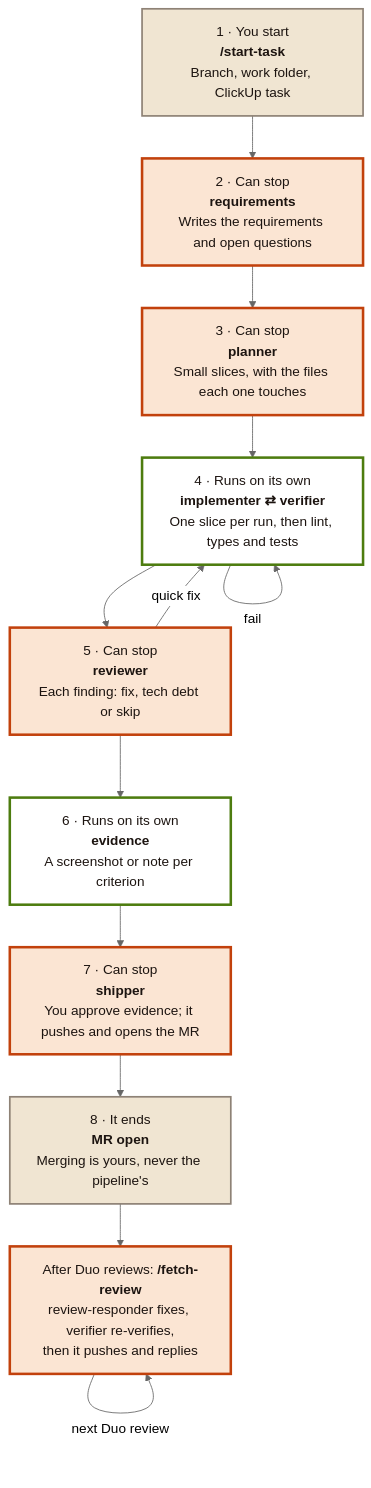
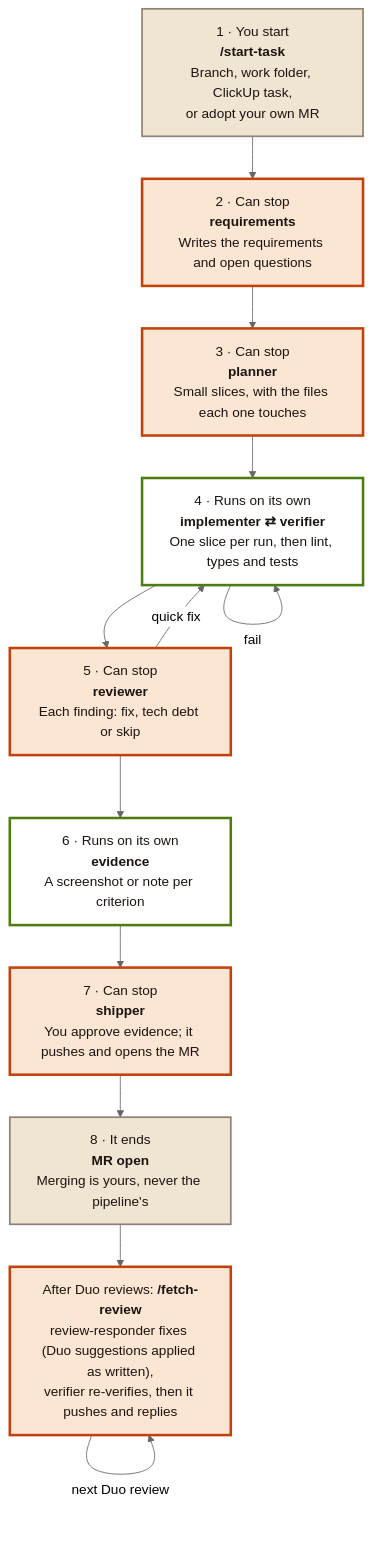
One commit to SuperEjay/copilot-delivery-pipeline changed the first of 2 diagrams in docs/presentation.md. Above: the diagram before and after it, drawn with Mermaid (neutral theme). The commit also changed other lines of this file and 1 other file, not shown here.

````diff
--- a/docs/presentation.md
+++ b/docs/presentation.md
@@ -34,24 +34,24 @@
 ```mermaid
 flowchart TD
-    A["1 · You start<br/><b>/start-task</b><br/>Branch, work folder, ClickUp task"]
+    A["1 · You start<br/><b>/start-task</b><br/>Branch, work folder, ClickUp task,<br/>or adopt your own MR"]
     B["2 · Can stop<br/><b>requirements</b><br/>Writes the requirements and open questions"]
     C["3 · Can stop<br/><b>planner</b><br/>Small slices, with the files each one touches"]
     D["4 · Runs on its own<br/><b>implementer ⇄ verifier</b><br/>One slice per run, then lint, types and tests"]
     E["5 · Can stop<br/><b>reviewer</b><br/>Each finding: fix, tech debt or skip"]
     F["6 · Runs on its own<br/><b>evidence</b><br/>A screenshot or note per criterion"]
     G["7 · Can stop<br/><b>shipper</b><br/>You approve evidence; it pushes and opens the MR"]
     H["8 · It ends<br/><b>MR open</b><br/>Merging is yours, never the pipeline's"]
-    I["After Duo reviews: <b>/fetch-review</b><br/>review-responder fixes, verifier re-verifies,<br/>then it pushes and replies"]
+    I["After Duo reviews: <b>/fetch-review</b><br/>review-responder fixes (Duo suggestions applied as written),<br/>verifier re-verifies, then it pushes and replies"]
 
     A --> B --> C --> D --> E --> F --> G --> H --> I
     D -- "fail" --> D
     E -- "quick fix" --> D
     I -- "next Duo review" --> I
 
     classDef start fill:#f0e5d2,stroke:#8e8276,stroke-width:2px,color:#1c1410
     classDef stop fill:#fbe5d3,stroke:#c2410c,stroke-width:3px,color:#1c1410
     classDef auto fill:#ffffff,stroke:#4d7c0f,stroke-width:3px,color:#1c1410
     class A,H start
     class B,C,E,G,I stop
     class D,F auto
 ```
````
